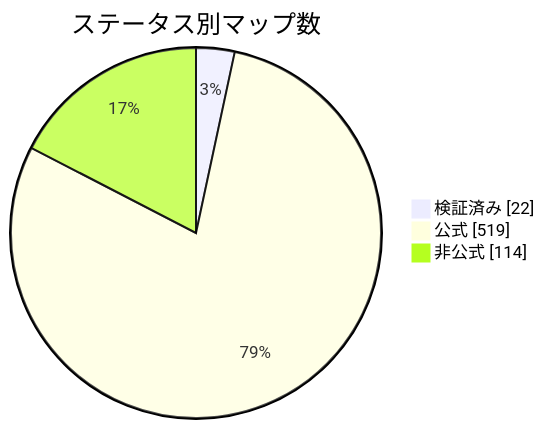
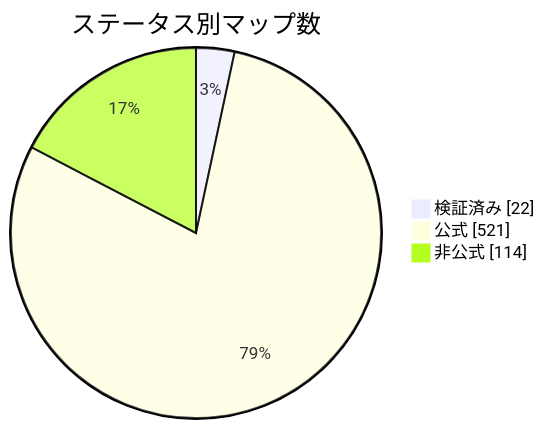
Before and after one commit to nobrega8/mbmap-library: the diagram in docs/readme/README_JP.md, drawn with Mermaid. The commit also changed 7 other files, not shown here.

````diff
--- a/docs/readme/README_JP.md
+++ b/docs/readme/README_JP.md
@@ -54,7 +54,7 @@
 ```mermaid
 pie showData
     title ステータス別マップ数
     "検証済み" : 22
-    "公式" : 519
+    "公式" : 521
     "非公式" : 114
 ```
````
